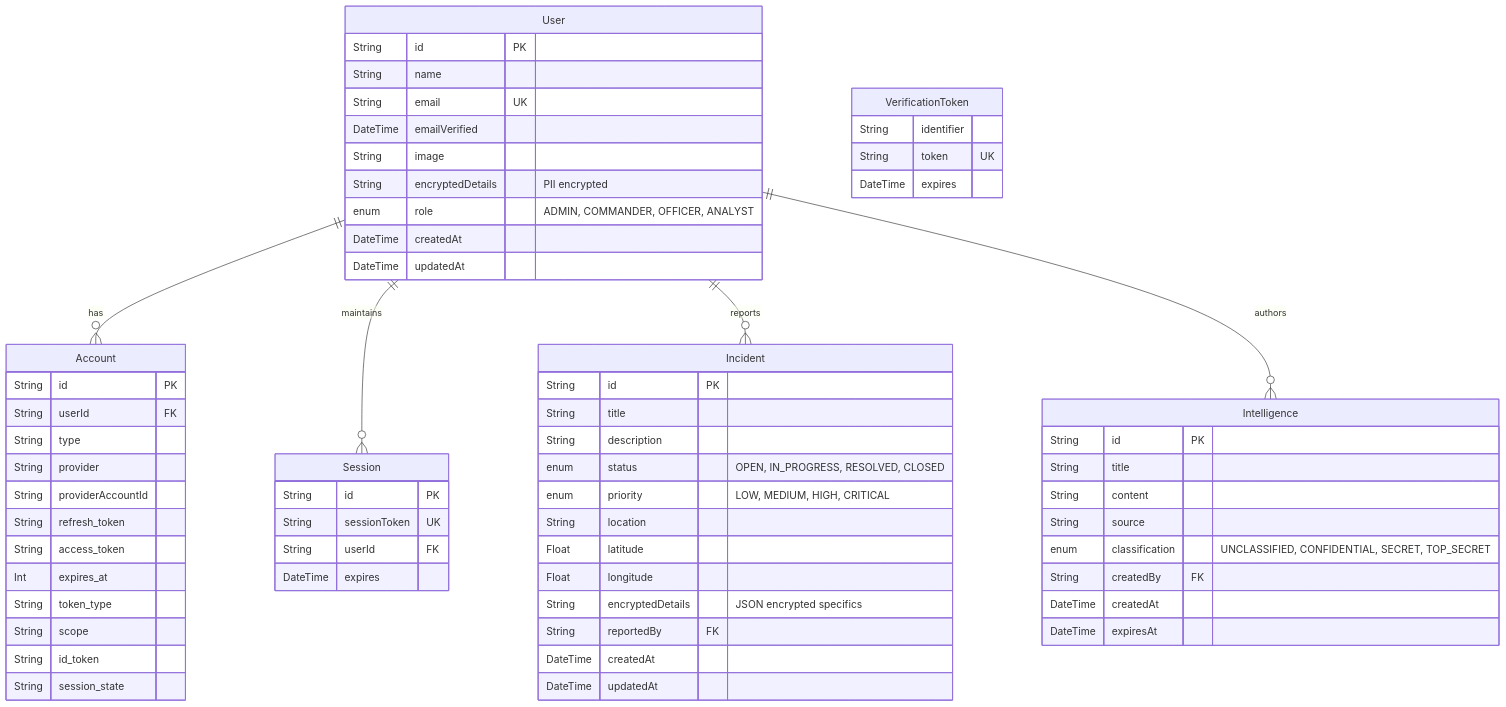
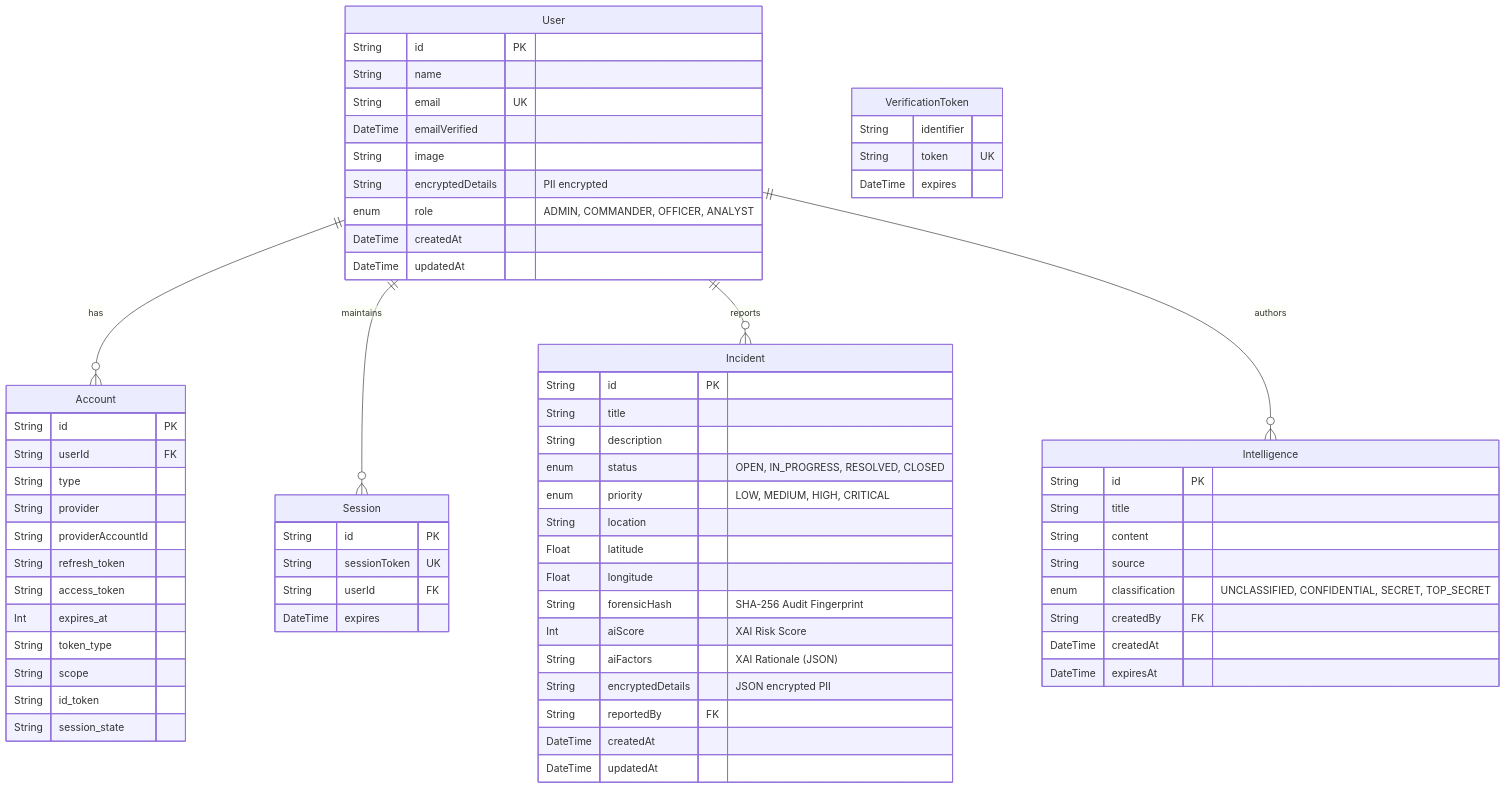
The diagram in docs/ERD.md (arapgechina24-lgtm/NSSPIP), drawn with Mermaid before and after one commit. The commit also changed 5 other files, not shown here.

````diff
--- a/docs/ERD.md
+++ b/docs/ERD.md
@@ -7,73 +7,76 @@
 ```mermaid
 erDiagram
     User ||--o{ Account : has
     User ||--o{ Session : maintains
     User ||--o{ Incident : reports
     User ||--o{ Intelligence : authors
 
     User {
         String id PK
         String name
         String email UK
         DateTime emailVerified
         String image
         String encryptedDetails "PII encrypted"
         enum role "ADMIN, COMMANDER, OFFICER, ANALYST"
         DateTime createdAt
         DateTime updatedAt
     }
 
     Account {
         String id PK
         String userId FK
         String type
         String provider
         String providerAccountId
         String refresh_token
         String access_token
         Int expires_at
         String token_type
         String scope
         String id_token
         String session_state
     }
 
     Session {
         String id PK
         String sessionToken UK
         String userId FK
         DateTime expires
     }
 
     VerificationToken {
         String identifier
         String token UK
         DateTime expires
     }
 
     Incident {
         String id PK
         String title
         String description
         enum status "OPEN, IN_PROGRESS, RESOLVED, CLOSED"
         enum priority "LOW, MEDIUM, HIGH, CRITICAL"
         String location
         Float latitude
         Float longitude
-        String encryptedDetails "JSON encrypted specifics"
+        String forensicHash "SHA-256 Audit Fingerprint"
+        Int aiScore "XAI Risk Score"
+        String aiFactors "XAI Rationale (JSON)"
+        String encryptedDetails "JSON encrypted PII"
         String reportedBy FK
         DateTime createdAt
         DateTime updatedAt
     }
 
     Intelligence {
         String id PK
         String title
         String content
         String source
         enum classification "UNCLASSIFIED, CONFIDENTIAL, SECRET, TOP_SECRET"
         String createdBy FK
         DateTime createdAt
         DateTime expiresAt
     }
 ```
````
